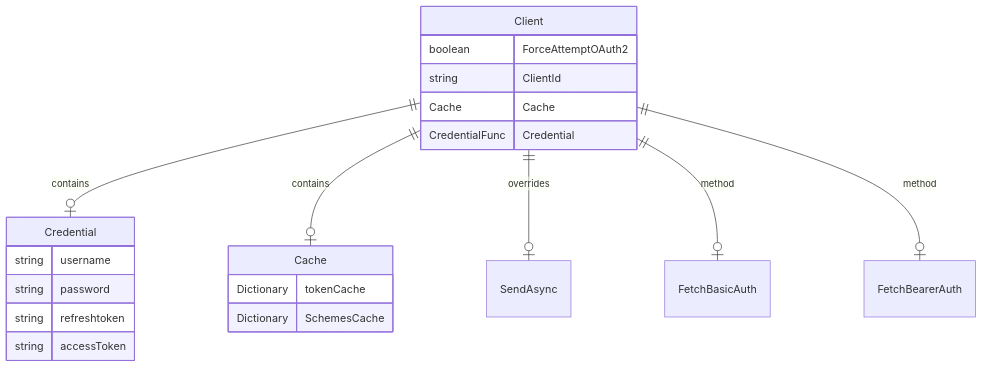
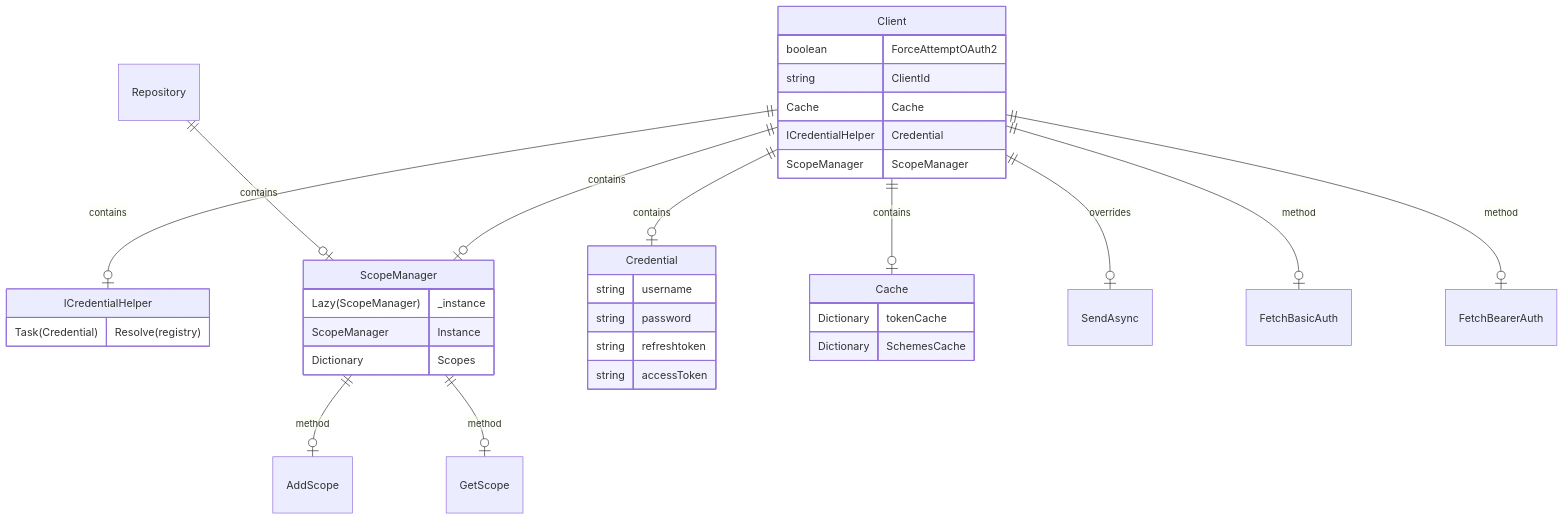
Before and after one commit to oras-project/oras-dotnet: the first of 2 diagrams in src/OrasProject.Oras/Registry/Remote/Auth/authModel.md, drawn with Mermaid. The commit also changed other lines of this file, not shown here.

Commit message:
resolve comments

````diff
--- a/src/OrasProject.Oras/Registry/Remote/Auth/authModel.md
+++ b/src/OrasProject.Oras/Registry/Remote/Auth/authModel.md
@@ -16,28 +34,47 @@
 ```mermaid
   erDiagram
     Client {
         boolean ForceAttemptOAuth2
         string ClientId
         Cache Cache
-        CredentialFunc Credential
+        ICredentialHelper Credential
+        ScopeManager ScopeManager
+    }
+
+    Repository {
+    }
+    
+    ICredentialHelper {
+        Task(Credential) Resolve(registry)
+    }
+    
+    ScopeManager {
+        Lazy(ScopeManager) _instance
+        ScopeManager Instance
+        Dictionary Scopes
     }
 
     Credential {
         string username
         string password
         string refreshtoken
         string accessToken
     }
 
     Cache {
         Dictionary tokenCache
         Dictionary SchemesCache
     }
 
     Client ||--o| Credential : contains
     Client ||--o| Cache : contains
+    Client ||--o| ICredentialHelper : contains
+    Client ||--o| ScopeManager : contains
+    Repository ||--o| ScopeManager : contains
     
     Client ||--o| SendAsync : overrides
     Client ||--o| FetchBasicAuth : method
     Client ||--o| FetchBearerAuth : method
+    ScopeManager ||--o| AddScope : method
+    ScopeManager ||--o| GetScope : method
 ```
````
